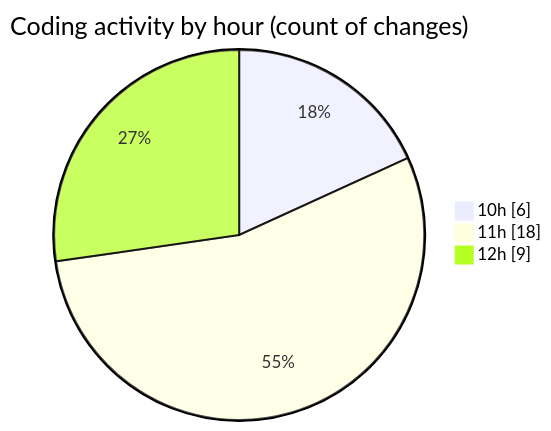
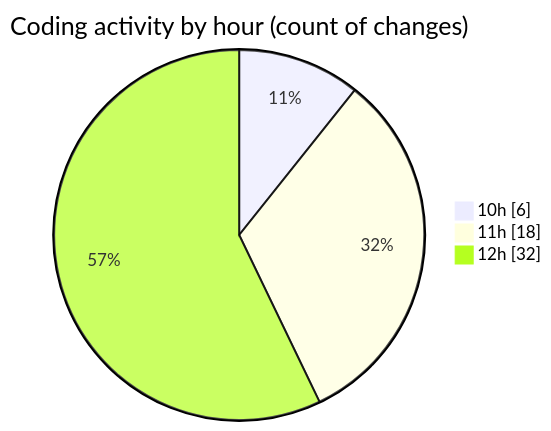
Before and after one commit to momahboobian/code-tracking: the second of 2 diagrams in 2026-09-03/cda/README.md, drawn with Mermaid. The commit also changed other lines of this file and 1 other file, not shown here.

````diff
--- a/2026-09-03/cda/README.md
+++ b/2026-09-03/cda/README.md
@@ -47,7 +62,7 @@
 ```mermaid
 pie showData
 title Coding activity by hour (count of changes)
 "10h" : 6
 "11h" : 18
-"12h" : 9
+"12h" : 32
 ```
````
